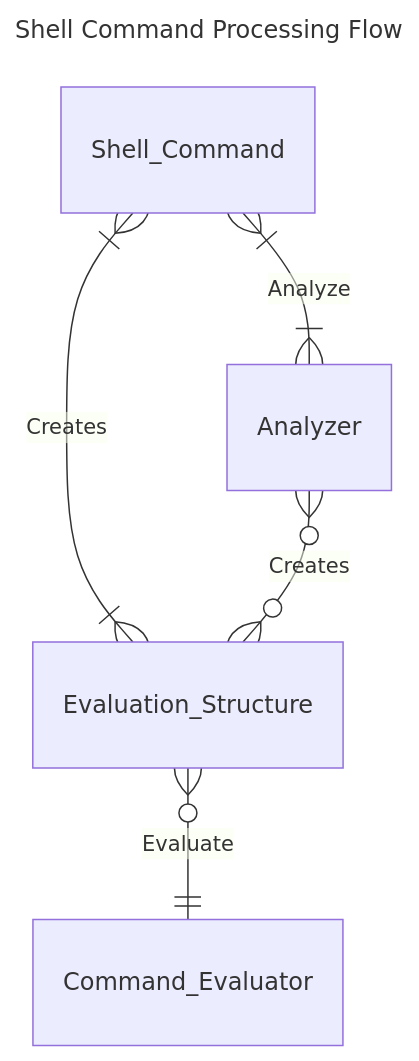
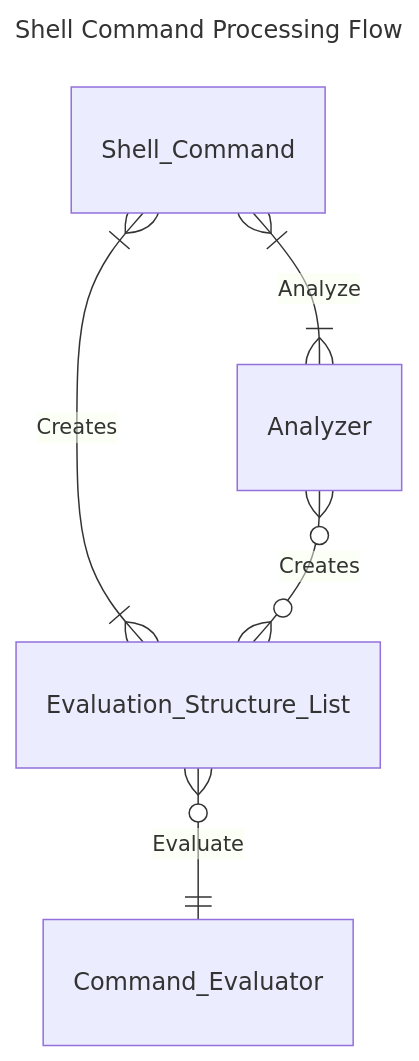
One commit to 3lsy/minishell changed the third of 3 diagrams in docs/README.md. Above: the diagram before and after it, drawn with Mermaid. The commit also changed other lines of this file, not shown here.

````diff
--- a/docs/README.md
+++ b/docs/README.md
@@ -68,10 +92,10 @@
 ```mermaid
 ---
 title: Shell Command Processing Flow
 ---
 erDiagram
     Shell_Command }|--|{ Analyzer : "Analyze"
-    Shell_Command }|--|{ Evaluation_Structure : "Creates"
-    Analyzer }o--o{ Evaluation_Structure : "Creates"
-    Evaluation_Structure }o--|| Command_Evaluator : "Evaluate"
+    Shell_Command }|--|{ Evaluation_Structure_List : "Creates"
+    Analyzer }o--o{ Evaluation_Structure_List : "Creates"
+    Evaluation_Structure_List }o--|| Command_Evaluator : "Evaluate"
 ```
````
